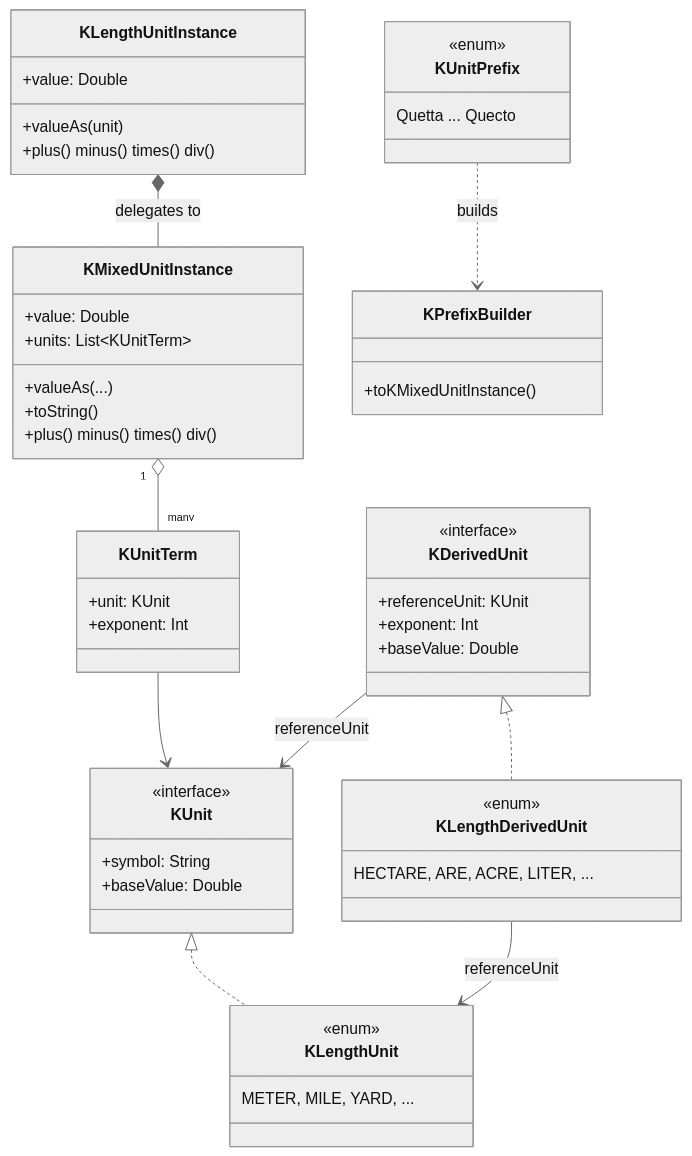
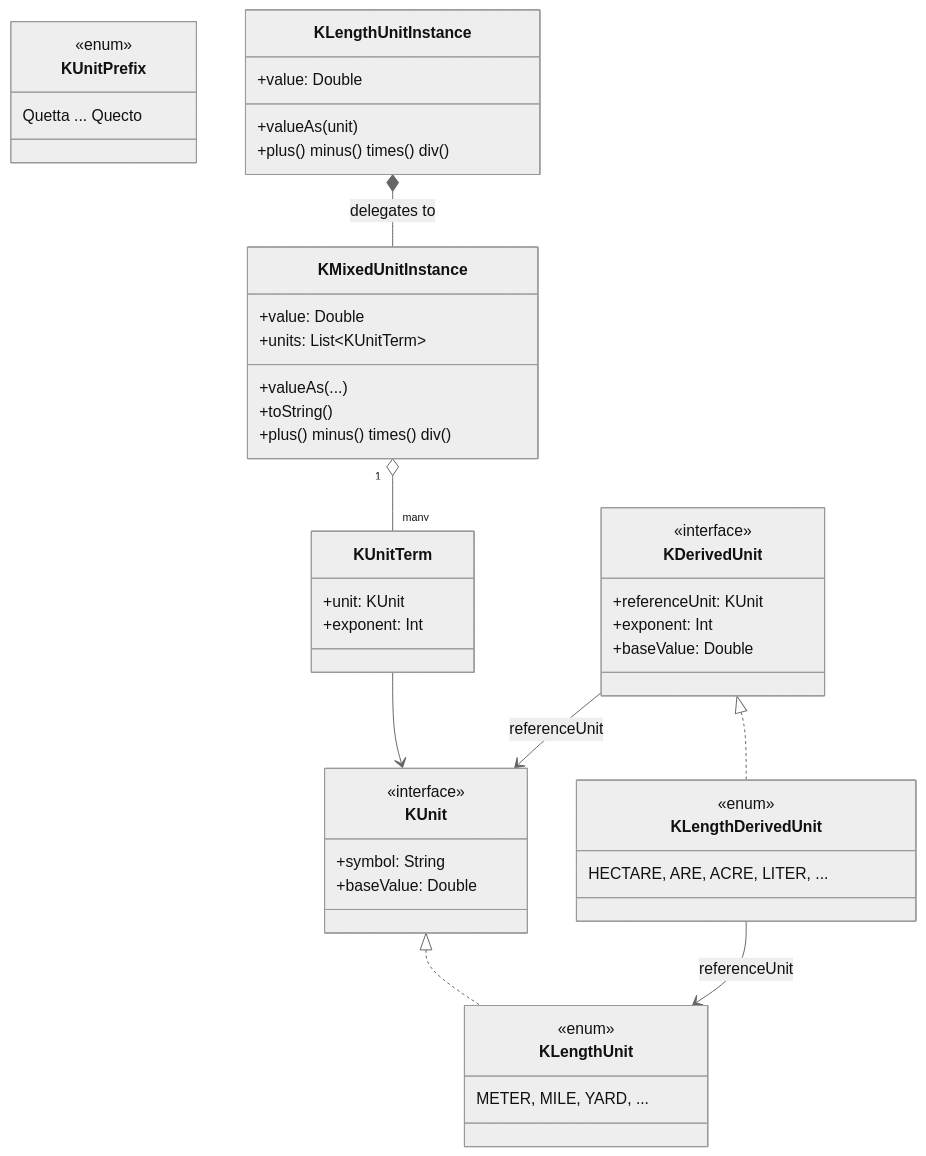
The diagram in README.ja.md (KleinerHacker/kunit), drawn with Mermaid (neutral theme) before and after one commit. The commit also changed other lines of this file and 29 other files, not shown here.

````diff
--- a/README.ja.md
+++ b/README.ja.md
@@ -74,56 +75,52 @@
 ```mermaid
 classDiagram
     class KUnit {
         <<interface>>
         +symbol: String
         +baseValue: Double
     }
     class KMixedUnitInstance {
         +value: Double
         +units: List~KUnitTerm~
         +valueAs(...)
         +toString()
         +plus() minus() times() div()
     }
     class KUnitTerm {
         +unit: KUnit
         +exponent: Int
     }
     class KUnitPrefix {
         <<enum>>
         Quetta ... Quecto
     }
     class KDerivedUnit {
         <<interface>>
         +referenceUnit: KUnit
         +exponent: Int
         +baseValue: Double
     }
-    class KPrefixBuilder {
-        +toKMixedUnitInstance()
-    }
 
     KMixedUnitInstance "1" o-- "many" KUnitTerm
     KUnitTerm --> KUnit
     KDerivedUnit --> KUnit : referenceUnit
-    KUnitPrefix ..> KPrefixBuilder : builds
 
     class KLengthUnit {
         <<enum>>
         METER, MILE, YARD, ...
     }
     class KLengthUnitInstance {
         +value: Double
         +valueAs(unit)
         +plus() minus() times() div()
     }
     class KLengthDerivedUnit {
         <<enum>>
         HECTARE, ARE, ACRE, LITER, ...
     }
 
     KUnit <|.. KLengthUnit
     KDerivedUnit <|.. KLengthDerivedUnit
     KLengthUnitInstance *-- KMixedUnitInstance : delegates to
     KLengthDerivedUnit --> KLengthUnit : referenceUnit
 ```
````
